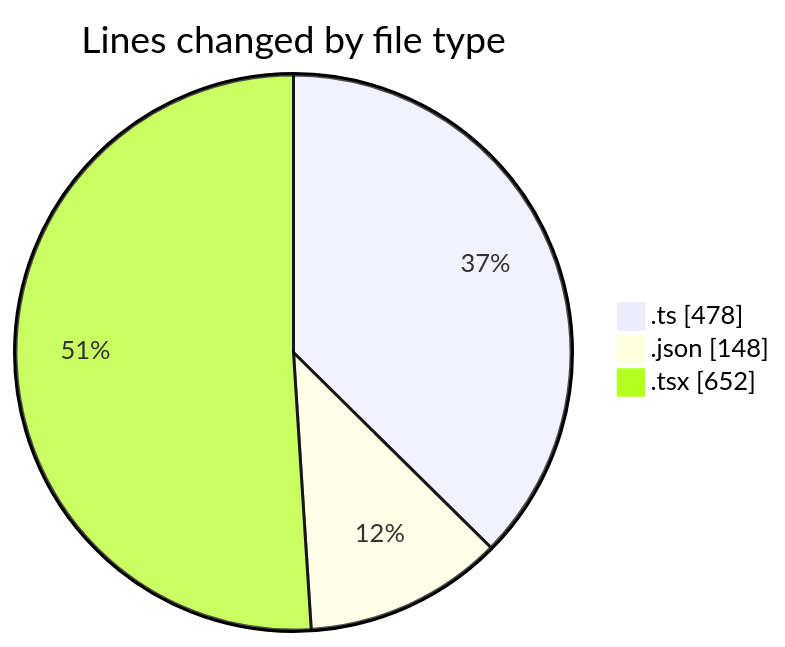
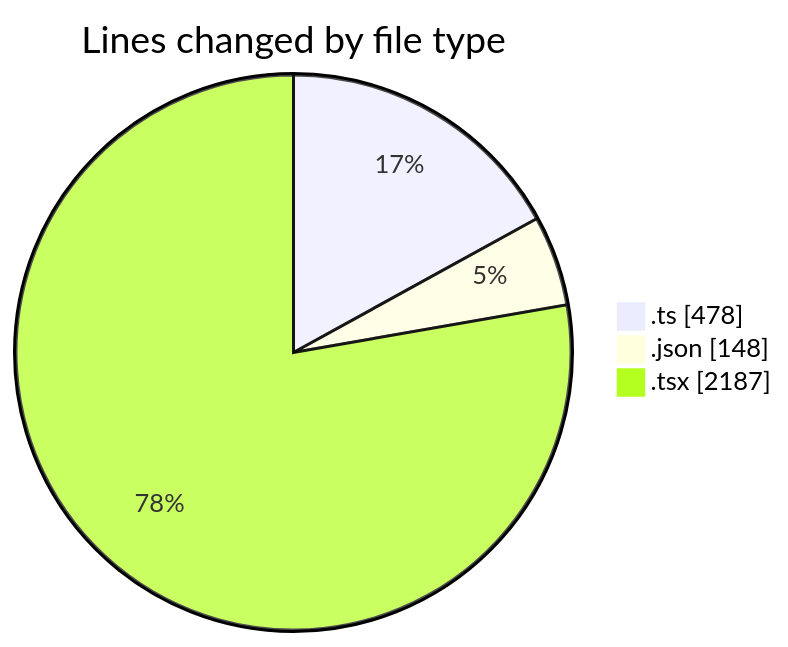
One commit to robertbonfada/code-tracking changed the first of 2 diagrams in 2025-02-20/mbc-web/README.md. Above: the diagram before and after it, drawn with Mermaid. The commit also changed other lines of this file and 1 other file, not shown here.

````diff
--- a/2025-02-20/mbc-web/README.md
+++ b/2025-02-20/mbc-web/README.md
@@ -29,7 +36,7 @@
 ```mermaid
 pie showData
 title Lines changed by file type
 ".ts" : 478
 ".json" : 148
-".tsx" : 652
+".tsx" : 2187
 ```
````
